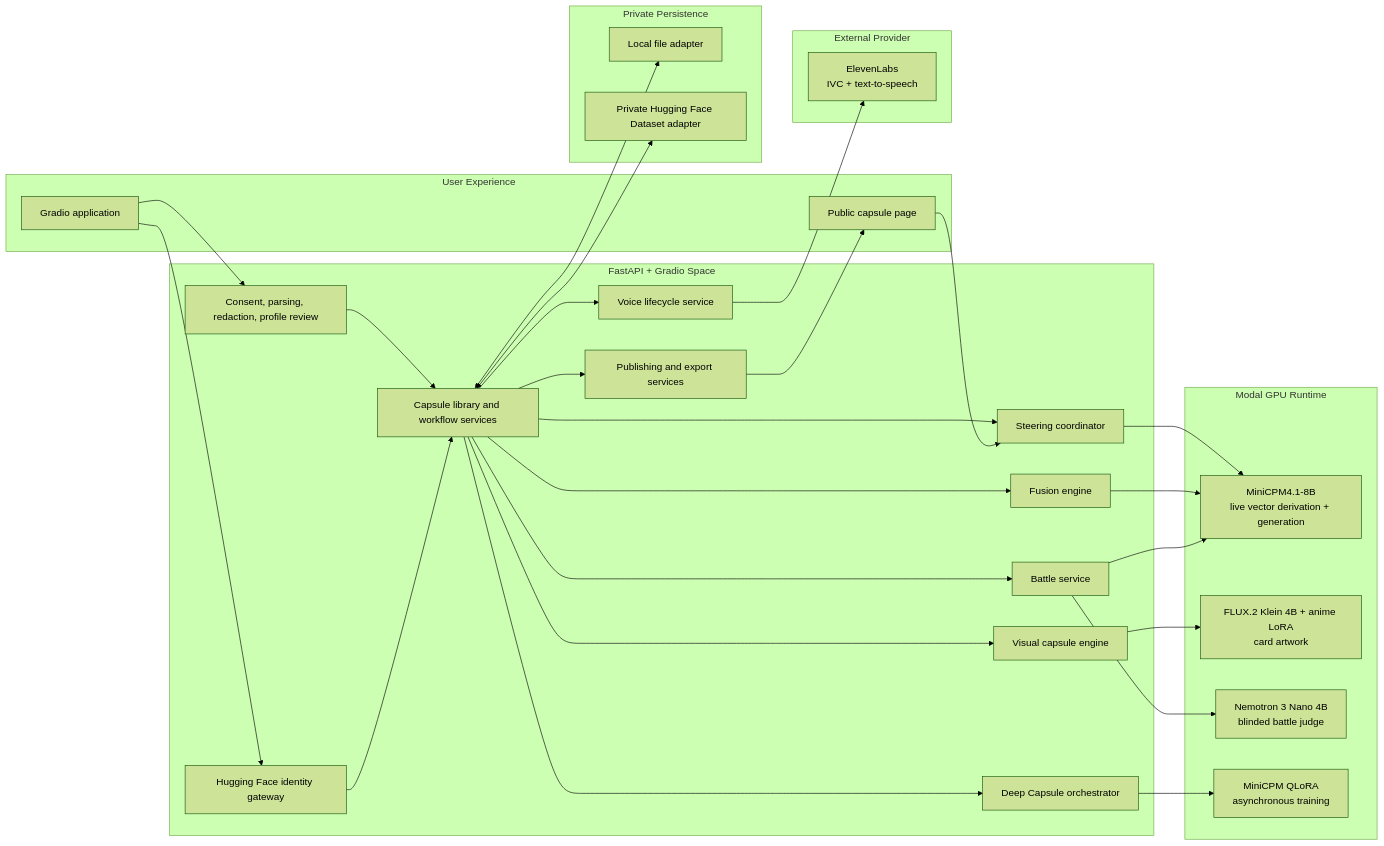
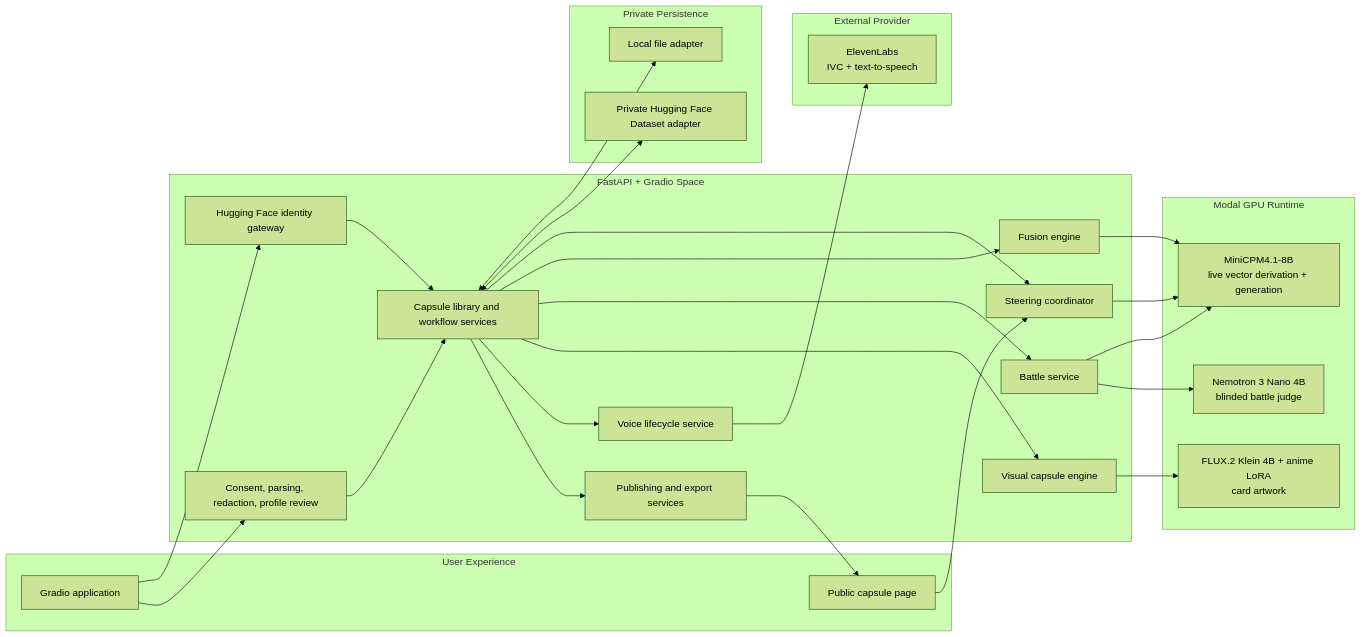
The second of 3 diagrams in README.md (perfect7613/persona-capsule), drawn with Mermaid (forest theme) before and after one commit. The commit also changed other lines of this file and 9 other files, not shown here.

````diff
--- a/README.md
+++ b/README.md
@@ -135,59 +148,55 @@
 ```mermaid
 flowchart LR
     subgraph Client["User Experience"]
         UI["Gradio application"]
         Share["Public capsule page"]
     end
 
     subgraph Space["FastAPI + Gradio Space"]
         Identity["Hugging Face identity gateway"]
         Ingestion["Consent, parsing, redaction, profile review"]
         Library["Capsule library and workflow services"]
         Steering["Steering coordinator"]
         Fusion["Fusion engine"]
         Battle["Battle service"]
-        Deep["Deep Capsule orchestrator"]
         Visual["Visual capsule engine"]
         Voice["Voice lifecycle service"]
         Publishing["Publishing and export services"]
     end
 
     subgraph Storage["Private Persistence"]
         Local["Local file adapter"]
         Hub["Private Hugging Face Dataset adapter"]
     end
 
     subgraph ModalRuntime["Modal GPU Runtime"]
         MiniCPM["MiniCPM4.1-8B\nlive vector derivation + generation"]
         Flux["FLUX.2 Klein 4B + anime LoRA\ncard artwork"]
         Nemotron["Nemotron 3 Nano 4B\nblinded battle judge"]
-        Trainer["MiniCPM QLoRA\nasynchronous training"]
     end
 
     subgraph Providers["External Provider"]
         ElevenLabs["ElevenLabs\nIVC + text-to-speech"]
     end
 
     UI --> Identity
     UI --> Ingestion
     Ingestion --> Library
     Identity --> Library
     Library <--> Local
     Library <--> Hub
     Library --> Steering
     Steering --> MiniCPM
     Library --> Fusion
     Fusion --> MiniCPM
     Library --> Battle
     Battle --> MiniCPM
     Battle --> Nemotron
-    Library --> Deep
-    Deep --> Trainer
     Library --> Visual
     Visual --> Flux
     Library --> Voice
     Voice --> ElevenLabs
     Library --> Publishing
     Publishing --> Share
     Share --> Steering
 ```
````
